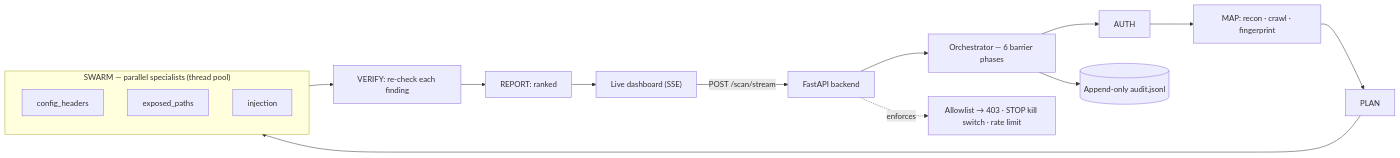
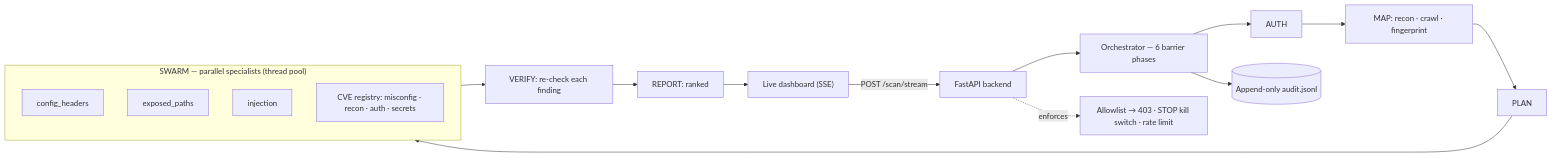
Before and after one commit to andrewcar/AITX-ANTLER-Hackathon: the diagram in README.md, drawn with Mermaid. The commit also changed other lines of this file and 26 other files, not shown here.

````diff
--- a/README.md
+++ b/README.md
@@ -20,16 +20,17 @@
 ```mermaid
 flowchart LR
   UI["Live dashboard (SSE)"] -->|POST /scan/stream| API["FastAPI backend"]
   API --> ORCH["Orchestrator — 6 barrier phases"]
   ORCH --> AUTH["AUTH"] --> MAP["MAP: recon · crawl · fingerprint"] --> PLAN["PLAN"]
   PLAN --> SWARM
   subgraph SWARM["SWARM — parallel specialists (thread pool)"]
     CH["config_headers"]
     EP["exposed_paths"]
     INJ["injection"]
+    CVE["CVE registry: misconfig · recon · auth · secrets"]
   end
   SWARM --> VERIFY["VERIFY: re-check each finding"] --> REPORT["REPORT: ranked"]
   REPORT --> UI
   API -. enforces .-> GR["Allowlist → 403 · STOP kill switch · rate limit"]
   ORCH --> AUDIT[("Append-only audit.jsonl")]
 ```
````
